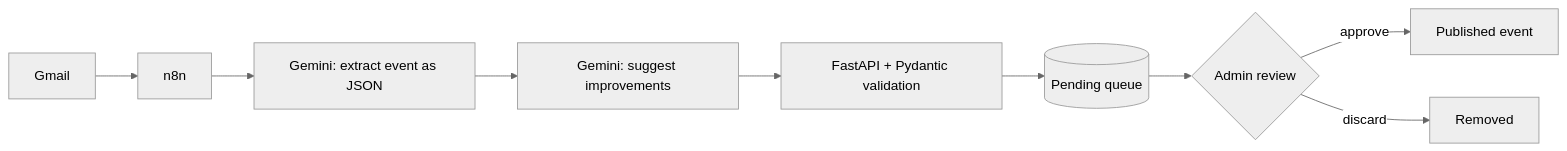
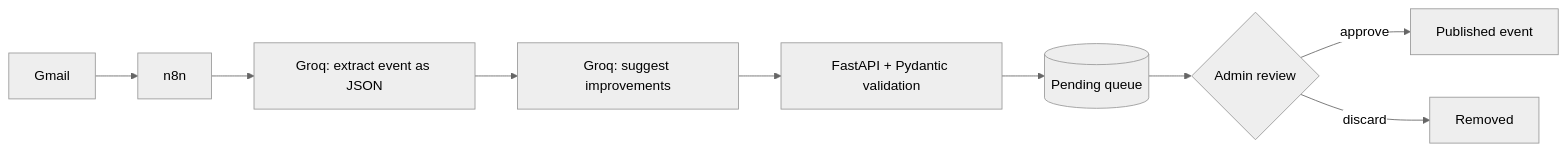
The diagram in README.md (Henriquewtd-cyber/Campus-Flow), drawn with Mermaid (neutral theme) before and after one commit. The commit also changed other lines of this file, not shown here.

Commit message:
Update flowchart and description to use Groq

````diff
--- a/README.md
+++ b/README.md
@@ -35,11 +35,11 @@
 ```mermaid
 flowchart LR
     A[Gmail] --> B[n8n]
-    B --> C[Gemini: extract event as JSON]
-    C --> D[Gemini: suggest improvements]
+    B --> C[Groq: extract event as JSON]
+    C --> D[Groq: suggest improvements]
     D --> E[FastAPI + Pydantic validation]
     E --> F[(Pending queue)]
     F --> G{Admin review}
     G -->|approve| H[Published event]
     G -->|discard| I[Removed]
 ```
````
